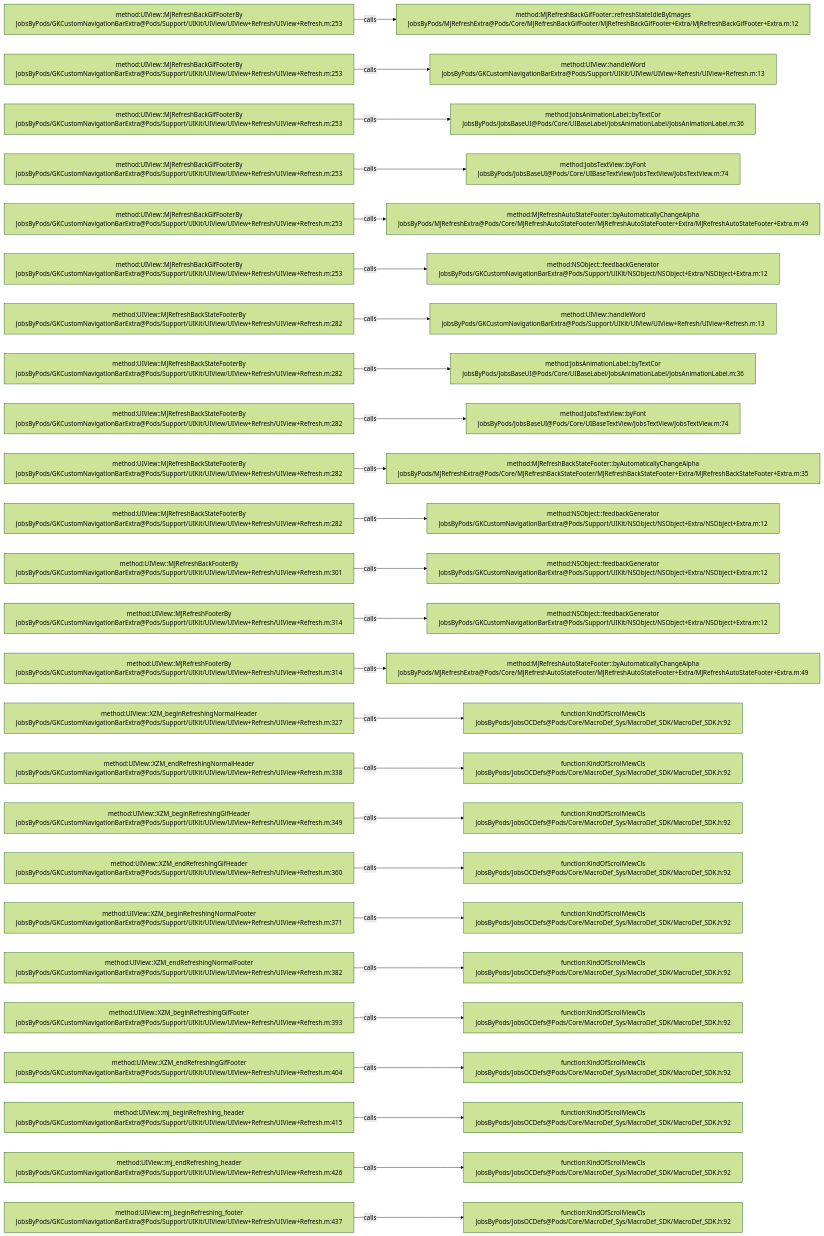
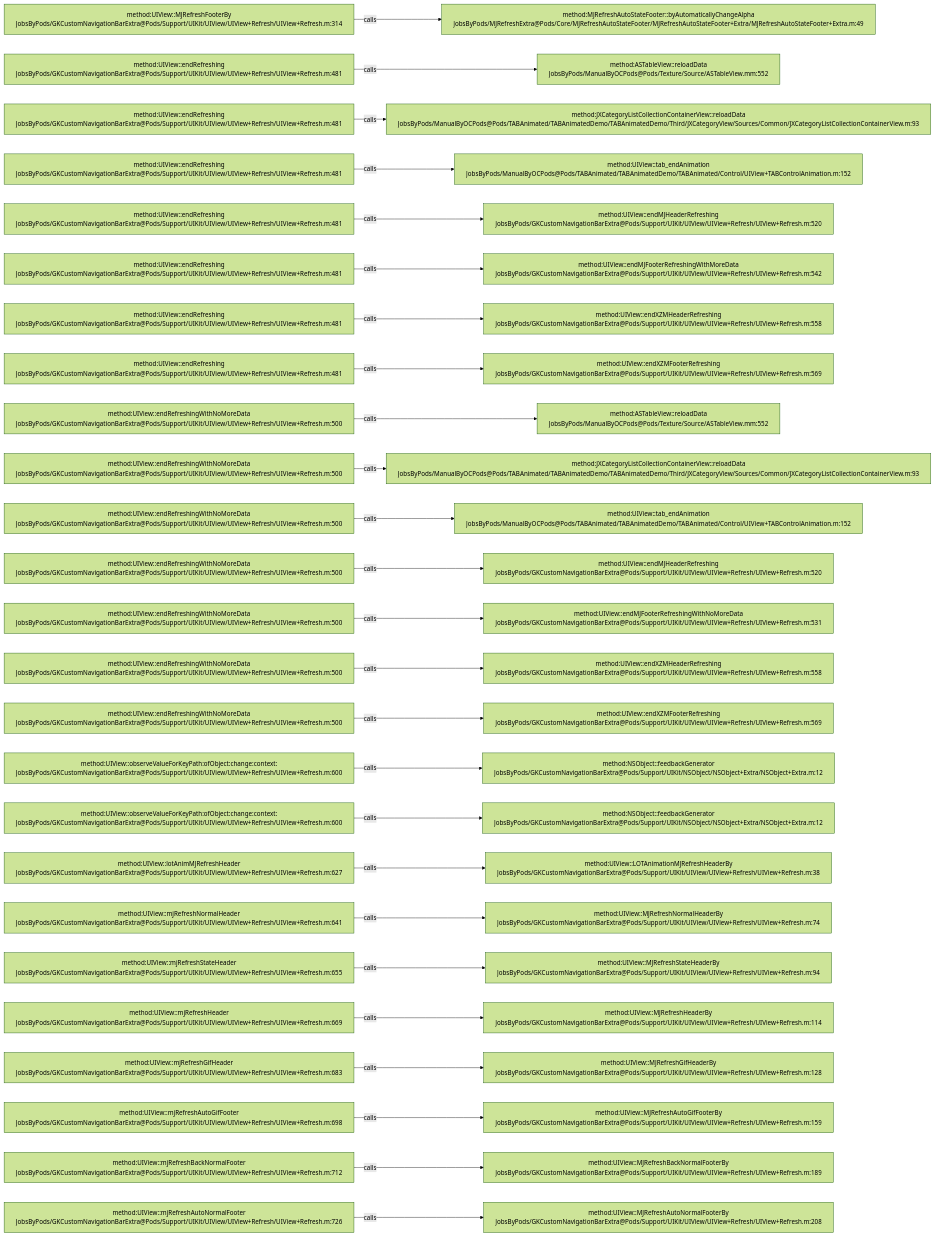
One commit to JobsKits/JobsOCBaseConfigDemo changed the diagram in .codegraph/codegraph.md/graphs/calls-045.md. Above: the diagram before and after it, drawn with Mermaid (forest theme). The commit also changed 223 other files, not shown here.

````diff
--- a/.codegraph/codegraph.md/graphs/calls-045.md
+++ b/.codegraph/codegraph.md/graphs/calls-045.md
@@ -13,78 +13,78 @@
 ```mermaid
 flowchart LR
-  S1["method:UIView::MJRefreshBackGifFooterBy<br/>JobsByPods/GKCustomNavigationBarExtra@Pods/Support/UIKit/UIView/UIView+Refresh/UIView+Refresh.m:253"]
-  T1["method:MJRefreshBackGifFooter::refreshStateIdleByImages<br/>JobsByPods/MJRefreshExtra@Pods/Core/MJRefreshBackGifFooter/MJRefreshBackGifFooter+Extra/MJRefreshBackGifFooter+Extra.m:12"]
+  S1["method:UIView::MJRefreshFooterBy<br/>JobsByPods/GKCustomNavigationBarExtra@Pods/Support/UIKit/UIView/UIView+Refresh/UIView+Refresh.m:314"]
+  T1["method:MJRefreshAutoStateFooter::byAutomaticallyChangeAlpha<br/>JobsByPods/MJRefreshExtra@Pods/Core/MJRefreshAutoStateFooter/MJRefreshAutoStateFooter+Extra/MJRefreshAutoStateFooter+Extra.m:49"]
   S1 -->|calls| T1
-  S2["method:UIView::MJRefreshBackGifFooterBy<br/>JobsByPods/GKCustomNavigationBarExtra@Pods/Support/UIKit/UIView/UIView+Refresh/UIView+Refresh.m:253"]
-  T2["method:UIView::handleWord<br/>JobsByPods/GKCustomNavigationBarExtra@Pods/Support/UIKit/UIView/UIView+Refresh/UIView+Refresh.m:13"]
+  S2["method:UIView::endRefreshing<br/>JobsByPods/GKCustomNavigationBarExtra@Pods/Support/UIKit/UIView/UIView+Refresh/UIView+Refresh.m:481"]
+  T2["method:ASTableView::reloadData<br/>JobsByPods/ManualByOCPods@Pods/Texture/Source/ASTableView.mm:552"]
   S2 -->|calls| T2
-  S3["method:UIView::MJRefreshBackGifFooterBy<br/>JobsByPods/GKCustomNavigationBarExtra@Pods/Support/UIKit/UIView/UIView+Refresh/UIView+Refresh.m:253"]
-  T3["method:JobsAnimationLabel::byTextCor<br/>JobsByPods/JobsBaseUI@Pods/Core/UIBaseLabel/JobsAnimationLabel/JobsAnimationLabel.m:36"]
+  S3["method:UIView::endRefreshing<br/>JobsByPods/GKCustomNavigationBarExtra@Pods/Support/UIKit/UIView/UIView+Refresh/UIView+Refresh.m:481"]
+  T3["method:JXCategoryListCollectionContainerView::reloadData<br/>JobsByPods/ManualByOCPods@Pods/TABAnimated/TABAnimatedDemo/TABAnimatedDemo/Third/JXCategoryView/Sources/Common/JXCategoryListCollectionContainerView.m:93"]
   S3 -->|calls| T3
-  S4["method:UIView::MJRefreshBackGifFooterBy<br/>JobsByPods/GKCustomNavigationBarExtra@Pods/Support/UIKit/UIView/UIView+Refresh/UIView+Refresh.m:253"]
-  T4["method:JobsTextView::byFont<br/>JobsByPods/JobsBaseUI@Pods/Core/UIBaseTextView/JobsTextView/JobsTextView.m:74"]
+  S4["method:UIView::endRefreshing<br/>JobsByPods/GKCustomNavigationBarExtra@Pods/Support/UIKit/UIView/UIView+Refresh/UIView+Refresh.m:481"]
+  T4["method:UIView::tab_endAnimation<br/>JobsByPods/ManualByOCPods@Pods/TABAnimated/TABAnimatedDemo/TABAnimated/Control/UIView+TABControlAnimation.m:152"]
   S4 -->|calls| T4
-  S5["method:UIView::MJRefreshBackGifFooterBy<br/>JobsByPods/GKCustomNavigationBarExtra@Pods/Support/UIKit/UIView/UIView+Refresh/UIView+Refresh.m:253"]
-  T5["method:MJRefreshAutoStateFooter::byAutomaticallyChangeAlpha<br/>JobsByPods/MJRefreshExtra@Pods/Core/MJRefreshAutoStateFooter/MJRefreshAutoStateFooter+Extra/MJRefreshAutoStateFooter+Extra.m:49"]
+  S5["method:UIView::endRefreshing<br/>JobsByPods/GKCustomNavigationBarExtra@Pods/Support/UIKit/UIView/UIView+Refresh/UIView+Refresh.m:481"]
+  T5["method:UIView::endMJHeaderRefreshing<br/>JobsByPods/GKCustomNavigationBarExtra@Pods/Support/UIKit/UIView/UIView+Refresh/UIView+Refresh.m:520"]
   S5 -->|calls| T5
-  S6["method:UIView::MJRefreshBackGifFooterBy<br/>JobsByPods/GKCustomNavigationBarExtra@Pods/Support/UIKit/UIView/UIView+Refresh/UIView+Refresh.m:253"]
-  T6["method:NSObject::feedbackGenerator<br/>JobsByPods/GKCustomNavigationBarExtra@Pods/Support/UIKit/NSObject/NSObject+Extra/NSObject+Extra.m:12"]
+  S6["method:UIView::endRefreshing<br/>JobsByPods/GKCustomNavigationBarExtra@Pods/Support/UIKit/UIView/UIView+Refresh/UIView+Refresh.m:481"]
+  T6["method:UIView::endMJFooterRefreshingWithMoreData<br/>JobsByPods/GKCustomNavigationBarExtra@Pods/Support/UIKit/UIView/UIView+Refresh/UIView+Refresh.m:542"]
   S6 -->|calls| T6
-  S7["method:UIView::MJRefreshBackStateFooterBy<br/>JobsByPods/GKCustomNavigationBarExtra@Pods/Support/UIKit/UIView/UIView+Refresh/UIView+Refresh.m:282"]
-  T7["method:UIView::handleWord<br/>JobsByPods/GKCustomNavigationBarExtra@Pods/Support/UIKit/UIView/UIView+Refresh/UIView+Refresh.m:13"]
+  S7["method:UIView::endRefreshing<br/>JobsByPods/GKCustomNavigationBarExtra@Pods/Support/UIKit/UIView/UIView+Refresh/UIView+Refresh.m:481"]
+  T7["method:UIView::endXZMHeaderRefreshing<br/>JobsByPods/GKCustomNavigationBarExtra@Pods/Support/UIKit/UIView/UIView+Refresh/UIView+Refresh.m:558"]
   S7 -->|calls| T7
-  S8["method:UIView::MJRefreshBackStateFooterBy<br/>JobsByPods/GKCustomNavigationBarExtra@Pods/Support/UIKit/UIView/UIView+Refresh/UIView+Refresh.m:282"]
-  T8["method:JobsAnimationLabel::byTextCor<br/>JobsByPods/JobsBaseUI@Pods/Core/UIBaseLabel/JobsAnimationLabel/JobsAnimationLabel.m:36"]
+  S8["method:UIView::endRefreshing<br/>JobsByPods/GKCustomNavigationBarExtra@Pods/Support/UIKit/UIView/UIView+Refresh/UIView+Refresh.m:481"]
+  T8["method:UIView::endXZMFooterRefreshing<br/>JobsByPods/GKCustomNavigationBarExtra@Pods/Support/UIKit/UIView/UIView+Refresh/UIView+Refresh.m:569"]
   S8 -->|calls| T8
-  S9["method:UIView::MJRefreshBackStateFooterBy<br/>JobsByPods/GKCustomNavigationBarExtra@Pods/Support/UIKit/UIView/UIView+Refresh/UIView+Refresh.m:282"]
-  T9["method:JobsTextView::byFont<br/>JobsByPods/JobsBaseUI@Pods/Core/UIBaseTextView/JobsTextView/JobsTextView.m:74"]
+  S9["method:UIView::endRefreshingWithNoMoreData<br/>JobsByPods/GKCustomNavigationBarExtra@Pods/Support/UIKit/UIView/UIView+Refresh/UIView+Refresh.m:500"]
+  T9["method:ASTableView::reloadData<br/>JobsByPods/ManualByOCPods@Pods/Texture/Source/ASTableView.mm:552"]
   S9 -->|calls| T9
-  S10["method:UIView::MJRefreshBackStateFooterBy<br/>JobsByPods/GKCustomNavigationBarExtra@Pods/Support/UIKit/UIView/UIView+Refresh/UIView+Refresh.m:282"]
-  T10["method:MJRefreshBackStateFooter::byAutomaticallyChangeAlpha<br/>JobsByPods/MJRefreshExtra@Pods/Core/MJRefreshBackStateFooter/MJRefreshBackStateFooter+Extra/MJRefreshBackStateFooter+Extra.m:35"]
+  S10["method:UIView::endRefreshingWithNoMoreData<br/>JobsByPods/GKCustomNavigationBarExtra@Pods/Support/UIKit/UIView/UIView+Refresh/UIView+Refresh.m:500"]
+  T10["method:JXCategoryListCollectionContainerView::reloadData<br/>JobsByPods/ManualByOCPods@Pods/TABAnimated/TABAnimatedDemo/TABAnimatedDemo/Third/JXCategoryView/Sources/Common/JXCategoryListCollectionContainerView.m:93"]
   S10 -->|calls| T10
-  S11["method:UIView::MJRefreshBackStateFooterBy<br/>JobsByPods/GKCustomNavigationBarExtra@Pods/Support/UIKit/UIView/UIView+Refresh/UIView+Refresh.m:282"]
-  T11["method:NSObject::feedbackGenerator<br/>JobsByPods/GKCustomNavigationBarExtra@Pods/Support/UIKit/NSObject/NSObject+Extra/NSObject+Extra.m:12"]
+  S11["method:UIView::endRefreshingWithNoMoreData<br/>JobsByPods/GKCustomNavigationBarExtra@Pods/Support/UIKit/UIView/UIView+Refresh/UIView+Refresh.m:500"]
+  T11["method:UIView::tab_endAnimation<br/>JobsByPods/ManualByOCPods@Pods/TABAnimated/TABAnimatedDemo/TABAnimated/Control/UIView+TABControlAnimation.m:152"]
   S11 -->|calls| T11
-  S12["method:UIView::MJRefreshBackFooterBy<br/>JobsByPods/GKCustomNavigationBarExtra@Pods/Support/UIKit/UIView/UIView+Refresh/UIView+Refresh.m:301"]
-  T12["method:NSObject::feedbackGenerator<br/>JobsByPods/GKCustomNavigationBarExtra@Pods/Support/UIKit/NSObject/NSObject+Extra/NSObject+Extra.m:12"]
+  S12["method:UIView::endRefreshingWithNoMoreData<br/>JobsByPods/GKCustomNavigationBarExtra@Pods/Support/UIKit/UIView/UIView+Refresh/UIView+Refresh.m:500"]
+  T12["method:UIView::endMJHeaderRefreshing<br/>JobsByPods/GKCustomNavigationBarExtra@Pods/Support/UIKit/UIView/UIView+Refresh/UIView+Refresh.m:520"]
   S12 -->|calls| T12
-  S13["method:UIView::MJRefreshFooterBy<br/>JobsByPods/GKCustomNavigationBarExtra@Pods/Support/UIKit/UIView/UIView+Refresh/UIView+Refresh.m:314"]
-  T13["method:NSObject::feedbackGenerator<br/>JobsByPods/GKCustomNavigationBarExtra@Pods/Support/UIKit/NSObject/NSObject+Extra/NSObject+Extra.m:12"]
+  S13["method:UIView::endRefreshingWithNoMoreData<br/>JobsByPods/GKCustomNavigationBarExtra@Pods/Support/UIKit/UIView/UIView+Refresh/UIView+Refresh.m:500"]
+  T13["method:UIView::endMJFooterRefreshingWithNoMoreData<br/>JobsByPods/GKCustomNavigationBarExtra@Pods/Support/UIKit/UIView/UIView+Refresh/UIView+Refresh.m:531"]
   S13 -->|calls| T13
-  S14["method:UIView::MJRefreshFooterBy<br/>JobsByPods/GKCustomNavigationBarExtra@Pods/Support/UIKit/UIView/UIView+Refresh/UIView+Refresh.m:314"]
-  T14["method:MJRefreshAutoStateFooter::byAutomaticallyChangeAlpha<br/>JobsByPods/MJRefreshExtra@Pods/Core/MJRefreshAutoStateFooter/MJRefreshAutoStateFooter+Extra/MJRefreshAutoStateFooter+Extra.m:49"]
+  S14["method:UIView::endRefreshingWithNoMoreData<br/>JobsByPods/GKCustomNavigationBarExtra@Pods/Support/UIKit/UIView/UIView+Refresh/UIView+Refresh.m:500"]
+  T14["method:UIView::endXZMHeaderRefreshing<br/>JobsByPods/GKCustomNavigationBarExtra@Pods/Support/UIKit/UIView/UIView+Refresh/UIView+Refresh.m:558"]
   S14 -->|calls| T14
-  S15["method:UIView::XZM_beginRefreshingNormalHeader<br/>JobsByPods/GKCustomNavigationBarExtra@Pods/Support/UIKit/UIView/UIView+Refresh/UIView+Refresh.m:327"]
-  T15["function:KindOfScrollViewCls<br/>JobsByPods/JobsOCDefs@Pods/Core/MacroDef_Sys/MacroDef_SDK/MacroDef_SDK.h:92"]
+  S15["method:UIView::endRefreshingWithNoMoreData<br/>JobsByPods/GKCustomNavigationBarExtra@Pods/Support/UIKit/UIView/UIView+Refresh/UIView+Refresh.m:500"]
+  T15["method:UIView::endXZMFooterRefreshing<br/>JobsByPods/GKCustomNavigationBarExtra@Pods/Support/UIKit/UIView/UIView+Refresh/UIView+Refresh.m:569"]
   S15 -->|calls| T15
-  S16["method:UIView::XZM_endRefreshingNormalHeader<br/>JobsByPods/GKCustomNavigationBarExtra@Pods/Support/UIKit/UIView/UIView+Refresh/UIView+Refresh.m:338"]
-  T16["function:KindOfScrollViewCls<br/>JobsByPods/JobsOCDefs@Pods/Core/MacroDef_Sys/MacroDef_SDK/MacroDef_SDK.h:92"]
+  S16["method:UIView::observeValueForKeyPath:ofObject:change:context:<br/>JobsByPods/GKCustomNavigationBarExtra@Pods/Support/UIKit/UIView/UIView+Refresh/UIView+Refresh.m:600"]
+  T16["method:NSObject::feedbackGenerator<br/>JobsByPods/GKCustomNavigationBarExtra@Pods/Support/UIKit/NSObject/NSObject+Extra/NSObject+Extra.m:12"]
   S16 -->|calls| T16
-  S17["method:UIView::XZM_beginRefreshingGifHeader<br/>JobsByPods/GKCustomNavigationBarExtra@Pods/Support/UIKit/UIView/UIView+Refresh/UIView+Refresh.m:349"]
-  T17["function:KindOfScrollViewCls<br/>JobsByPods/JobsOCDefs@Pods/Core/MacroDef_Sys/MacroDef_SDK/MacroDef_SDK.h:92"]
+  S17["method:UIView::observeValueForKeyPath:ofObject:change:context:<br/>JobsByPods/GKCustomNavigationBarExtra@Pods/Support/UIKit/UIView/UIView+Refresh/UIView+Refresh.m:600"]
+  T17["method:NSObject::feedbackGenerator<br/>JobsByPods/GKCustomNavigationBarExtra@Pods/Support/UIKit/NSObject/NSObject+Extra/NSObject+Extra.m:12"]
   S17 -->|calls| T17
-  S18["method:UIView::XZM_endRefreshingGifHeader<br/>JobsByPods/GKCustomNavigationBarExtra@Pods/Support/UIKit/UIView/UIView+Refresh/UIView+Refresh.m:360"]
-  T18["function:KindOfScrollViewCls<br/>JobsByPods/JobsOCDefs@Pods/Core/MacroDef_Sys/MacroDef_SDK/MacroDef_SDK.h:92"]
+  S18["method:UIView::lotAnimMJRefreshHeader<br/>JobsByPods/GKCustomNavigationBarExtra@Pods/Support/UIKit/UIView/UIView+Refresh/UIView+Refresh.m:627"]
+  T18["method:UIView::LOTAnimationMJRefreshHeaderBy<br/>JobsByPods/GKCustomNavigationBarExtra@Pods/Support/UIKit/UIView/UIView+Refresh/UIView+Refresh.m:38"]
   S18 -->|calls| T18
-  S19["method:UIView::XZM_beginRefreshingNormalFooter<br/>JobsByPods/GKCustomNavigationBarExtra@Pods/Support/UIKit/UIView/UIView+Refresh/UIView+Refresh.m:371"]
-  T19["function:KindOfScrollViewCls<br/>JobsByPods/JobsOCDefs@Pods/Core/MacroDef_Sys/MacroDef_SDK/MacroDef_SDK.h:92"]
+  S19["method:UIView::mjRefreshNormalHeader<br/>JobsByPods/GKCustomNavigationBarExtra@Pods/Support/UIKit/UIView/UIView+Refresh/UIView+Refresh.m:641"]
+  T19["method:UIView::MJRefreshNormalHeaderBy<br/>JobsByPods/GKCustomNavigationBarExtra@Pods/Support/UIKit/UIView/UIView+Refresh/UIView+Refresh.m:74"]
   S19 -->|calls| T19
-  S20["method:UIView::XZM_endRefreshingNormalFooter<br/>JobsByPods/GKCustomNavigationBarExtra@Pods/Support/UIKit/UIView/UIView+Refresh/UIView+Refresh.m:382"]
-  T20["function:KindOfScrollViewCls<br/>JobsByPods/JobsOCDefs@Pods/Core/MacroDef_Sys/MacroDef_SDK/MacroDef_SDK.h:92"]
+  S20["method:UIView::mjRefreshStateHeader<br/>JobsByPods/GKCustomNavigationBarExtra@Pods/Support/UIKit/UIView/UIView+Refresh/UIView+Refresh.m:655"]
+  T20["method:UIView::MJRefreshStateHeaderBy<br/>JobsByPods/GKCustomNavigationBarExtra@Pods/Support/UIKit/UIView/UIView+Refresh/UIView+Refresh.m:94"]
   S20 -->|calls| T20
-  S21["method:UIView::XZM_beginRefreshingGifFooter<br/>JobsByPods/GKCustomNavigationBarExtra@Pods/Support/UIKit/UIView/UIView+Refresh/UIView+Refresh.m:393"]
-  T21["function:KindOfScrollViewCls<br/>JobsByPods/JobsOCDefs@Pods/Core/MacroDef_Sys/MacroDef_SDK/MacroDef_SDK.h:92"]
+  S21["method:UIView::mjRefreshHeader<br/>JobsByPods/GKCustomNavigationBarExtra@Pods/Support/UIKit/UIView/UIView+Refresh/UIView+Refresh.m:669"]
+  T21["method:UIView::MJRefreshHeaderBy<br/>JobsByPods/GKCustomNavigationBarExtra@Pods/Support/UIKit/UIView/UIView+Refresh/UIView+Refresh.m:114"]
   S21 -->|calls| T21
-  S22["method:UIView::XZM_endRefreshingGifFooter<br/>JobsByPods/GKCustomNavigationBarExtra@Pods/Support/UIKit/UIView/UIView+Refresh/UIView+Refresh.m:404"]
-  T22["function:KindOfScrollViewCls<br/>JobsByPods/JobsOCDefs@Pods/Core/MacroDef_Sys/MacroDef_SDK/MacroDef_SDK.h:92"]
+  S22["method:UIView::mjRefreshGifHeader<br/>JobsByPods/GKCustomNavigationBarExtra@Pods/Support/UIKit/UIView/UIView+Refresh/UIView+Refresh.m:683"]
+  T22["method:UIView::MJRefreshGifHeaderBy<br/>JobsByPods/GKCustomNavigationBarExtra@Pods/Support/UIKit/UIView/UIView+Refresh/UIView+Refresh.m:128"]
   S22 -->|calls| T22
-  S23["method:UIView::mj_beginRefreshing_header<br/>JobsByPods/GKCustomNavigationBarExtra@Pods/Support/UIKit/UIView/UIView+Refresh/UIView+Refresh.m:415"]
-  T23["function:KindOfScrollViewCls<br/>JobsByPods/JobsOCDefs@Pods/Core/MacroDef_Sys/MacroDef_SDK/MacroDef_SDK.h:92"]
+  S23["method:UIView::mjRefreshAutoGifFooter<br/>JobsByPods/GKCustomNavigationBarExtra@Pods/Support/UIKit/UIView/UIView+Refresh/UIView+Refresh.m:698"]
+  T23["method:UIView::MJRefreshAutoGifFooterBy<br/>JobsByPods/GKCustomNavigationBarExtra@Pods/Support/UIKit/UIView/UIView+Refresh/UIView+Refresh.m:159"]
   S23 -->|calls| T23
-  S24["method:UIView::mj_endRefreshing_header<br/>JobsByPods/GKCustomNavigationBarExtra@Pods/Support/UIKit/UIView/UIView+Refresh/UIView+Refresh.m:426"]
-  T24["function:KindOfScrollViewCls<br/>JobsByPods/JobsOCDefs@Pods/Core/MacroDef_Sys/MacroDef_SDK/MacroDef_SDK.h:92"]
+  S24["method:UIView::mjRefreshBackNormalFooter<br/>JobsByPods/GKCustomNavigationBarExtra@Pods/Support/UIKit/UIView/UIView+Refresh/UIView+Refresh.m:712"]
+  T24["method:UIView::MJRefreshBackNormalFooterBy<br/>JobsByPods/GKCustomNavigationBarExtra@Pods/Support/UIKit/UIView/UIView+Refresh/UIView+Refresh.m:189"]
   S24 -->|calls| T24
-  S25["method:UIView::mj_beginRefreshing_footer<br/>JobsByPods/GKCustomNavigationBarExtra@Pods/Support/UIKit/UIView/UIView+Refresh/UIView+Refresh.m:437"]
-  T25["function:KindOfScrollViewCls<br/>JobsByPods/JobsOCDefs@Pods/Core/MacroDef_Sys/MacroDef_SDK/MacroDef_SDK.h:92"]
+  S25["method:UIView::mjRefreshAutoNormalFooter<br/>JobsByPods/GKCustomNavigationBarExtra@Pods/Support/UIKit/UIView/UIView+Refresh/UIView+Refresh.m:726"]
+  T25["method:UIView::MJRefreshAutoNormalFooterBy<br/>JobsByPods/GKCustomNavigationBarExtra@Pods/Support/UIKit/UIView/UIView+Refresh/UIView+Refresh.m:208"]
   S25 -->|calls| T25
 ```
````
